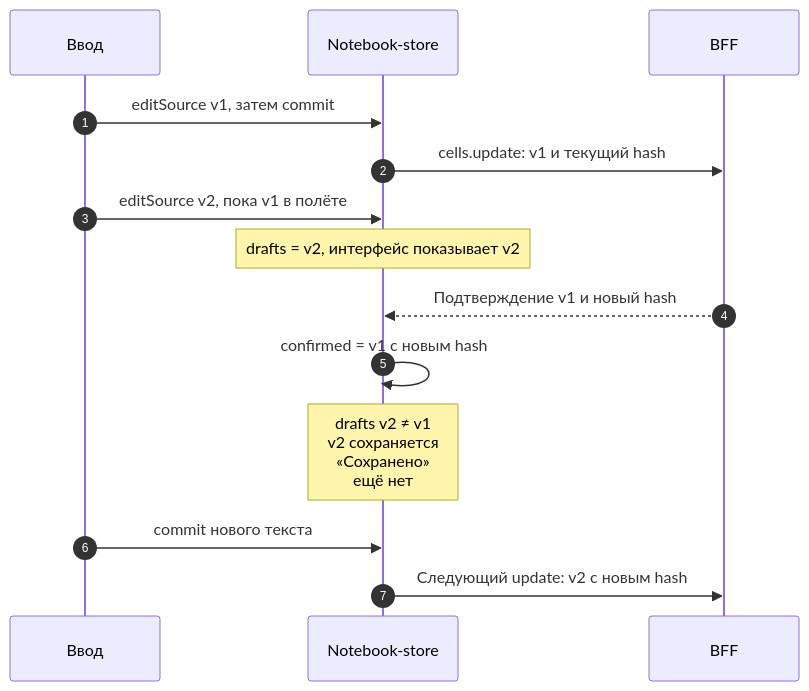
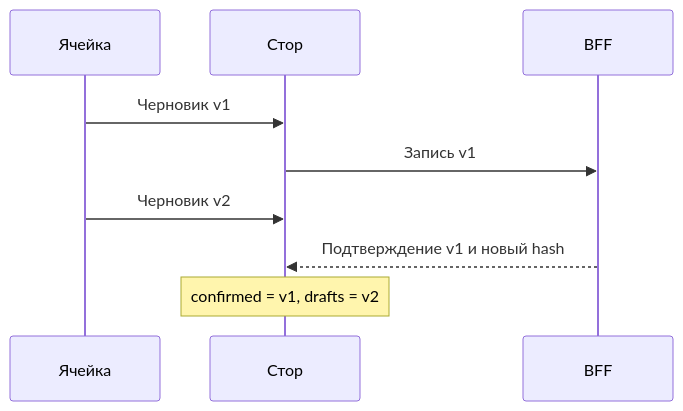
The first of 2 diagrams in site/documentation/frontend/state.md (Cringe-Driven-Development-Team/docs), drawn with Mermaid before and after one commit. The commit also changed other lines of this file and 9 other files, not shown here.

````diff
--- a/site/documentation/frontend/state.md
+++ b/site/documentation/frontend/state.md
@@ -105,17 +36,11 @@
 ```mermaid
-%% Sequence: подтверждение отправленного source не снимает более новый draft.
 sequenceDiagram
-    autonumber
-    participant input as Ввод
-    participant store as Notebook-store
-    participant bff as BFF
-    input->>store: editSource v1, затем commit
-    store->>bff: cells.update: v1 и текущий hash
-    input->>store: editSource v2, пока v1 в полёте
-    Note over store: drafts = v2, интерфейс показывает v2
-    bff-->>store: Подтверждение v1 и новый hash
-    store->>store: confirmed = v1 с новым hash
-    Note over store: drafts v2 ≠ v1<br/>v2 сохраняется<br/>«Сохранено»<br/>ещё нет
-    input->>store: commit нового текста
-    store->>bff: Следующий update: v2 с новым hash
+    participant UI as Ячейка
+    participant S as Стор
+    participant B as BFF
+    UI->>S: Черновик v1
+    S->>B: Запись v1
+    UI->>S: Черновик v2
+    B-->>S: Подтверждение v1 и новый hash
+    Note over S: confirmed = v1, drafts = v2
 ```
````
